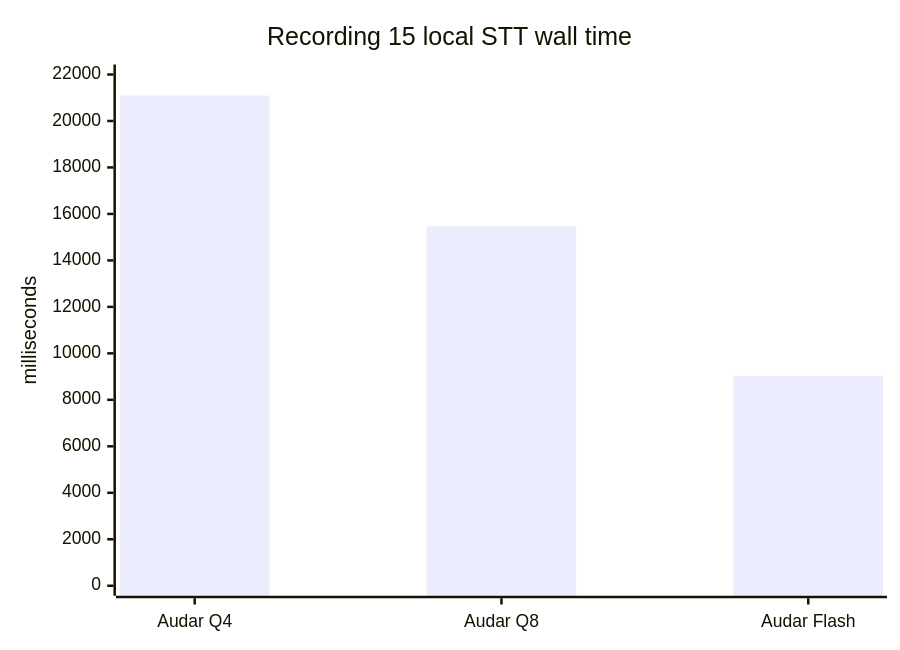
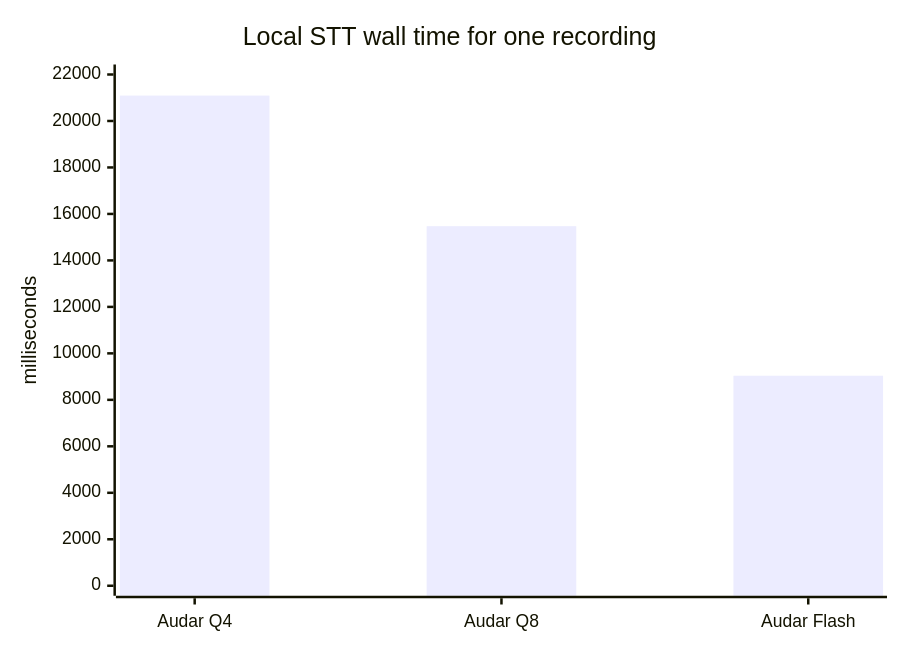
The second of 2 diagrams in README.md (iO7i/saudi-sta), drawn with Mermaid before and after one commit. The commit also changed other lines of this file, not shown here.

````diff
--- a/README.md
+++ b/README.md
@@ -126,7 +118,7 @@
 ```mermaid
 xychart-beta
-    title "Recording 15 local STT wall time"
+    title "Local STT wall time for one recording"
     x-axis ["Audar Q4", "Audar Q8", "Audar Flash"]
     y-axis "milliseconds" 0 --> 22000
     bar [21092, 15472, 9037]
 ```
````
